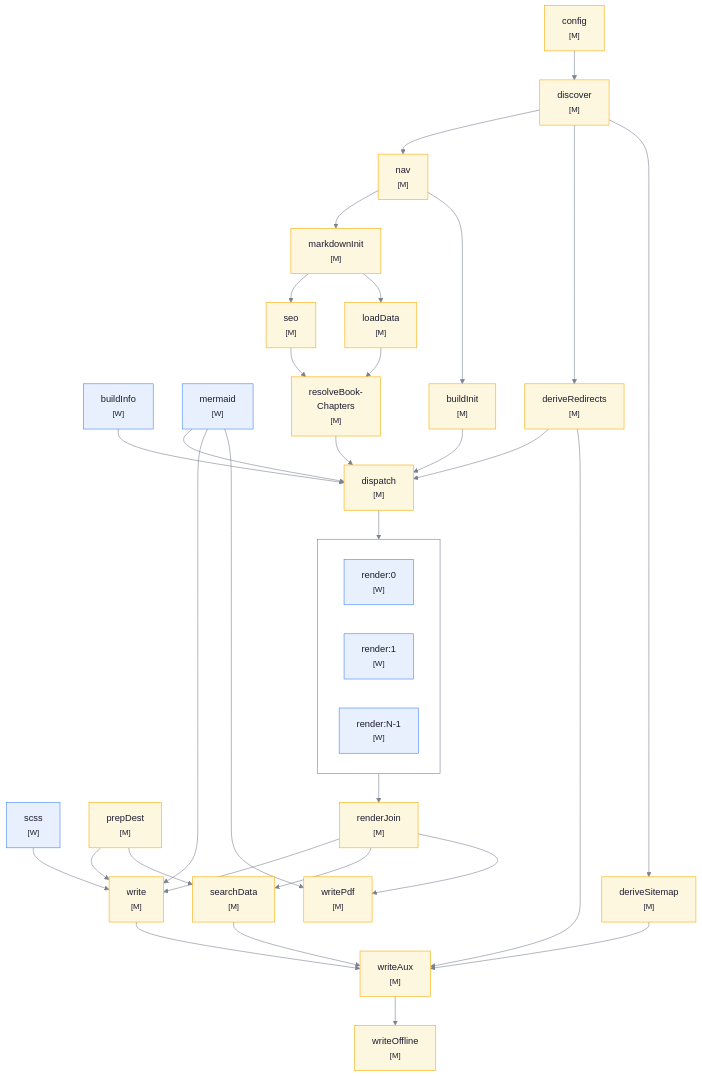
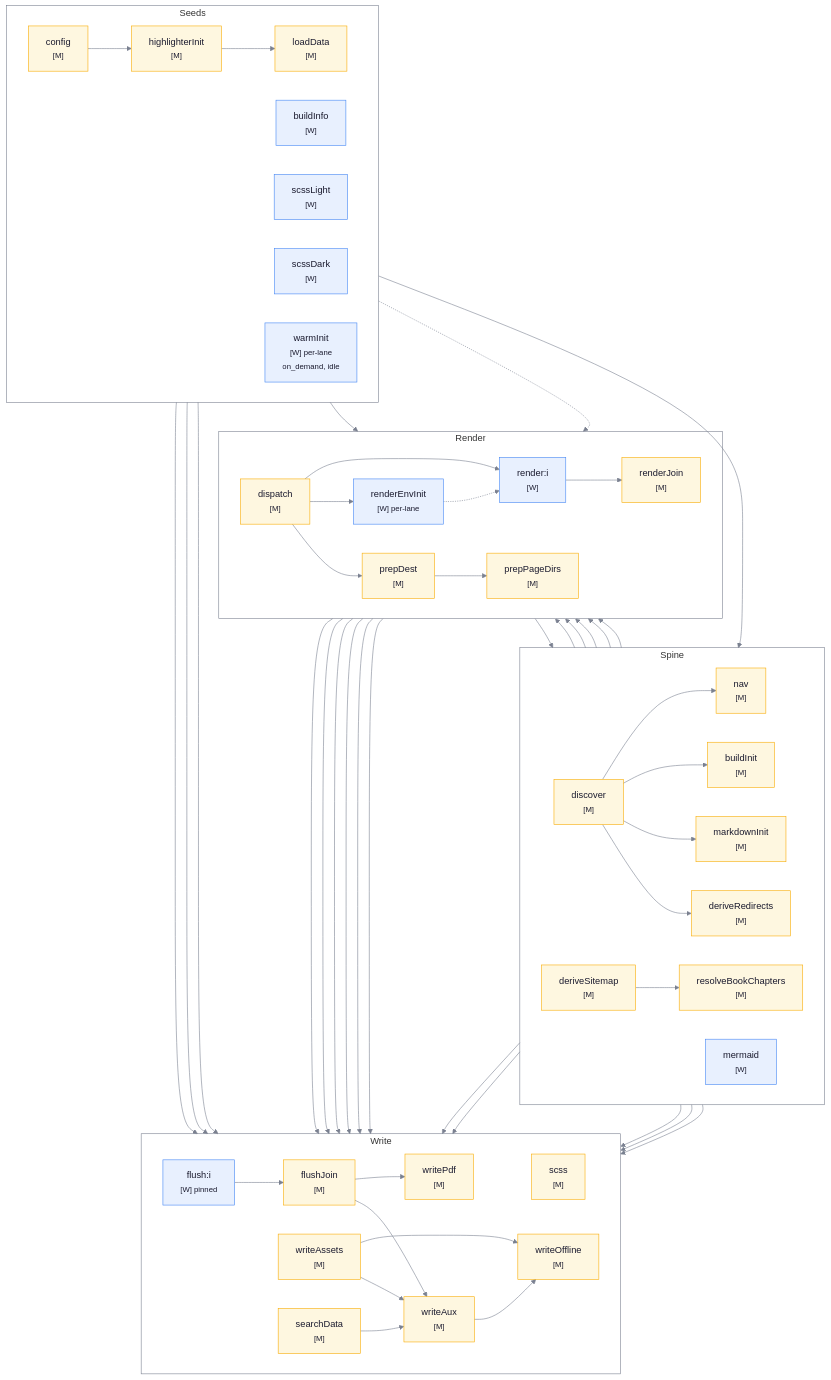
One commit to twinbasic/documentation changed the diagram in docs/assets/images/mmd/scheduler-dag.mmd. Above: the diagram before and after it, drawn with Mermaid. The commit also changed 9 other files, not shown here.

```diff
--- a/docs/assets/images/mmd/scheduler-dag.mmd
+++ b/docs/assets/images/mmd/scheduler-dag.mmd
@@ -1,58 +1,106 @@
 %%{init: {"themeVariables": {"clusterBkg": "transparent", "clusterBorder": "#7a8090", "lineColor": "#7a8090"}}}%%
 flowchart TB
-    %%subgraph seeds [" "]
-    %%    direction LR
+    subgraph seeds [Seeds]
+        direction LR
+        CF["config<br><small>[M]</small>"]
         BI["buildInfo<br><small>[W]</small>"]
-        SC["scss<br><small>[W]</small>"]
+        SL["scssLight<br><small>[W]</small>"]
+        SD["scssDark<br><small>[W]</small>"]
+        HI["highlighterInit<br><small>[M]</small>"]
+        LD["loadData<br><small>[M]</small>"]
+        WI["warmInit<br><small>[W] per-lane<br>on_demand, idle"]
+    end
+
+    subgraph spine [Spine]
+        direction LR
+        DI["discover<br><small>[M]</small>"]
+        NV["nav<br><small>[M]</small>"]
+        BU["buildInit<br><small>[M]</small>"]
+        MI["markdownInit<br><small>[M]</small>"]
+        DR["deriveRedirects<br><small>[M]</small>"]
         MM["mermaid<br><small>[W]</small>"]
+        DSi["deriveSitemap<br><small>[M]</small>"]
+        RBC["resolveBookChapters<br><small>[M]</small>"]
+    end
+
+    subgraph render [Render]
+        direction LR
+        DP["dispatch<br><small>[M]</small>"]
         PD["prepDest<br><small>[M]</small>"]
-    %%end
+        PPD["prepPageDirs<br><small>[M]</small>"]
+        REI["renderEnvInit<br><small>[W] per-lane</small>"]
+        Ri["render:i<br><small>[W]</small>"]
+        RJ["renderJoin<br><small>[M]</small>"]
+    end
 
-    CF["config<br><small>[M]</small>"] --> DI["discover<br><small>[M]</small>"]
-    DI --> NV["nav<br><small>[M]</small>"]
-    DI --> DR["deriveRedirects<br><small>[M]</small>"]
-    DI --> DS["deriveSitemap<br><small>[M]</small>"]
-    NV --> MI["markdownInit<br><small>[M]</small>"]
-    NV --> BU["buildInit<br><small>[M]</small>"]
-    MI --> SE["seo<br><small>[M]</small>"]
-    MI --> LD["loadData<br><small>[M]</small>"]
-    SE --> RC["resolveBook-<br>Chapters<br><small>[M]</small>"]
-    LD --> RC
+    subgraph writes [Write]
+        direction LR
+        SCSS["scss<br><small>[M]</small>"]
+        Fi["flush:i<br><small>[W] pinned</small>"]
+        FJ["flushJoin<br><small>[M]</small>"]
+        WA["writeAssets<br><small>[M]</small>"]
+        SDt["searchData<br><small>[M]</small>"]
+        WX["writeAux<br><small>[M]</small>"]
+        WO["writeOffline<br><small>[M]</small>"]
+        WP["writePdf<br><small>[M]</small>"]
+    end
 
-    BU --> DP["dispatch<br><small>[M]</small>"]
-    RC --> DP
+    CF --> DI
+    CF --> HI
+    HI --> LD
+    DI --> NV
+    DI --> BU
+    DI --> MI
+    DI --> DR
+
+    NV --> DP
+    BU --> DP
     BI --> DP
     MM --> DP
     DR --> DP
+    MI --> DP
 
-    subgraph fanout [" "]
-        direction LR
-        R0["render:0<br><small>[W]</small>"]
-        R1["render:1<br><small>[W]</small>"]
-        RN["render:N-1<br><small>[W]</small>"]
-    end
+    DP --> PD
+    DP --> DSi
+    DP --> REI
+    DP --> Ri
 
-    DP --> fanout
+    PD --> PPD
+    PD --> SCSS
+    SL --> SCSS
+    SD --> SCSS
 
-    fanout --> RJ["renderJoin<br><small>[M]</small>"]
+    DSi --> RBC
 
-    RJ --> WR["write<br><small>[M]</small>"]
-    SC --> WR
-    MM --> WR
-    PD --> WR
+    WI -.-> REI
+    REI -.-> Ri
 
-    RJ --> SD["searchData<br><small>[M]</small>"]
-    PD --> SD
-    WR --> WA["writeAux<br><small>[M]</small>"]
-    SD --> WA
-    DR --> WA
-    DS --> WA
+    Ri --> Fi
+    Ri --> RJ
+    PPD --> Fi
+    Fi --> FJ
 
-    WA --> WO["writeOffline<br><small>[M]</small>"]
-    RJ --> WP["writePdf<br><small>[M]</small>"]
+    MM --> WA
+    PPD --> WA
+    HI --> WA
+
+    RJ --> SDt
+    PD --> SDt
+
+    WA --> WX
+    SDt --> WX
+    FJ --> WX
+    DR --> WX
+    DSi --> WX
+
+    WX --> WO
+    WA --> WO
+
+    FJ --> WP
     MM --> WP
+    RBC --> WP
 
     classDef worker fill:#e8f0fe,stroke:#4285f4,color:#1a1a2e
     classDef main fill:#fef7e0,stroke:#f9ab00,color:#1a1a2e
-    class BI,SC,MM,R0,R1,RN worker
-    class CF,DI,NV,MI,BU,SE,LD,RC,DP,RJ,WR,SD,WA,DR,DS,WO,WP,PD main
+    class BI,SL,SD,MM,WI,REI,Ri,Fi worker
+    class CF,DI,NV,BU,MI,LD,DR,DSi,RBC,DP,HI,RJ,FJ,SCSS,PD,PPD,WA,SDt,WX,WO,WP main
```
